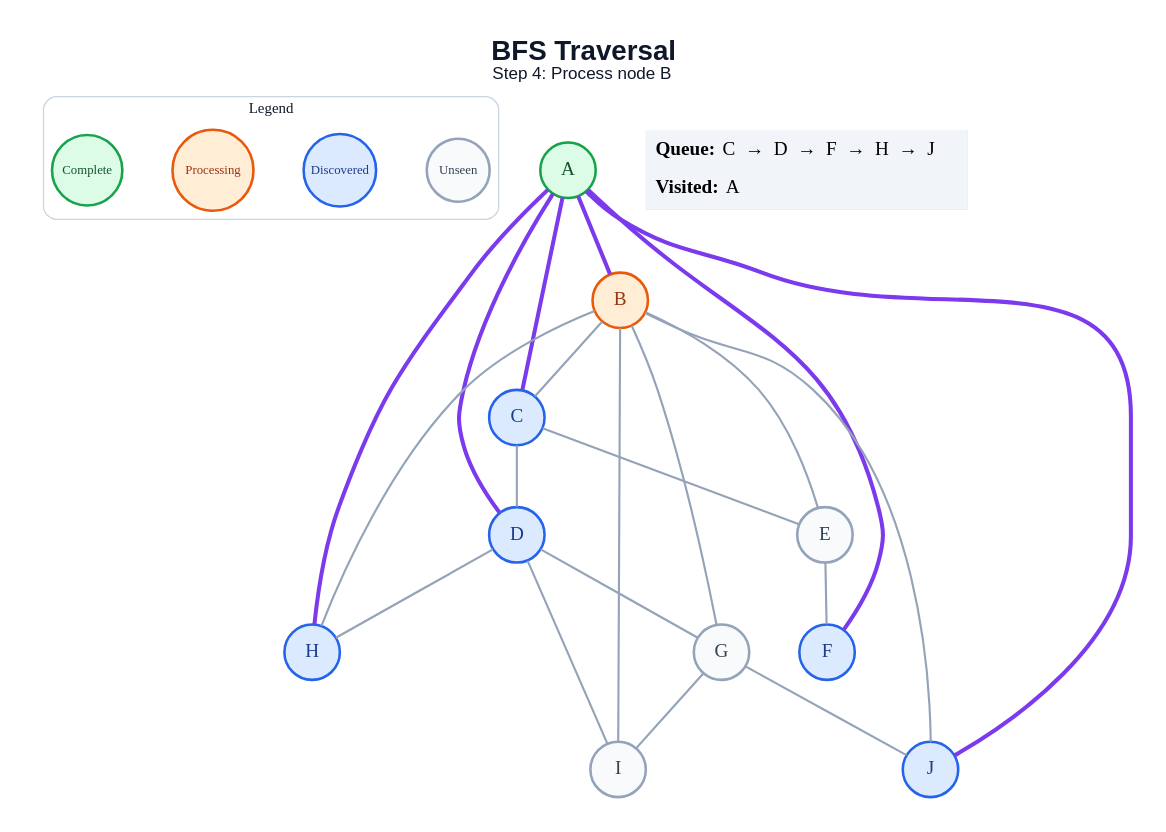
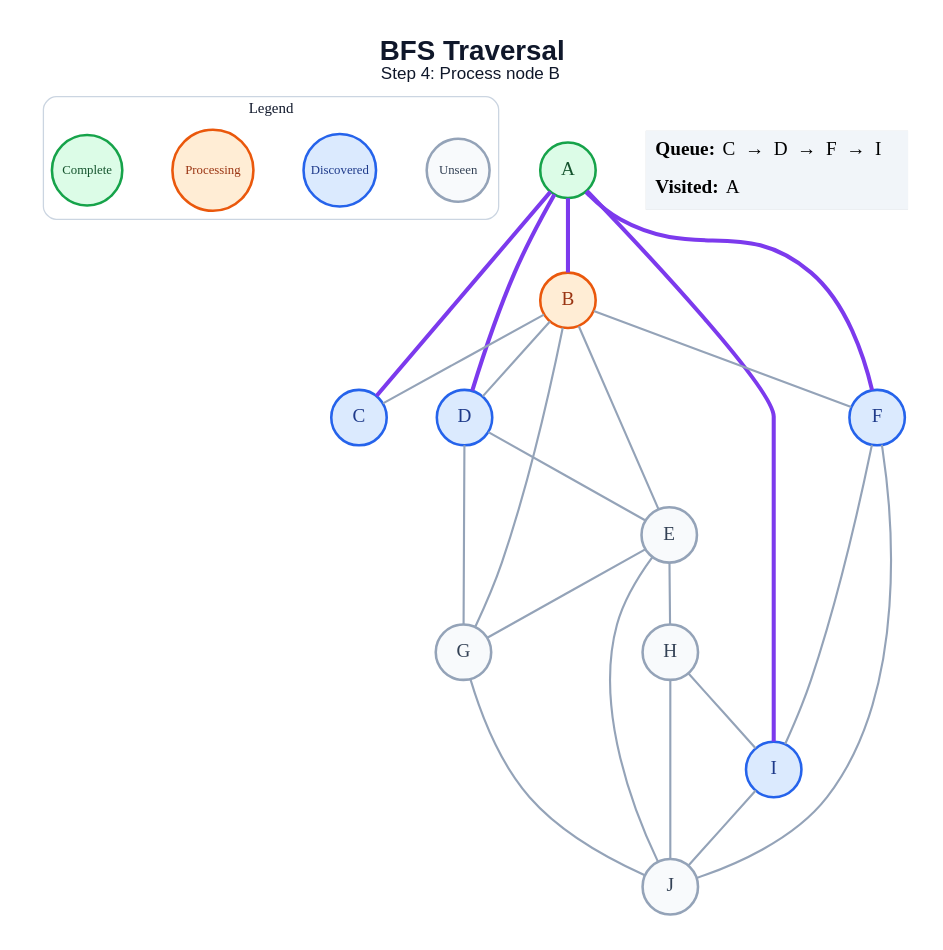
Before and after one commit to amanghodawala9/ai-slop: the diagram in generated/bfs/step_04.dot, drawn with Graphviz. The commit also changed 178 other files, not shown here.

```diff
--- a/generated/bfs/step_04.dot
+++ b/generated/bfs/step_04.dot
@@ -1,49 +1,50 @@
 graph traversal {
   graph [layout=dot, rankdir=TB, bgcolor="#FFFFFF", pad="0.35", nodesep="0.65", ranksep="0.8", fontname="Arial"];
   node [shape=circle, style="filled", fontname="Arial Bold", fontsize=18, width=0.72, fixedsize=true, penwidth=2.4];
   edge [color="#94A3B8", penwidth=2.0];
   label=<<B>BFS Traversal</B><BR/><FONT POINT-SIZE="16">Step 4: Process node B</FONT>>; labelloc="t"; fontsize=26; fontname="Arial"; fontcolor="#0F172A";
   subgraph cluster_legend { label="Legend"; color="#CBD5E1"; penwidth=1.2; style="rounded"; fontsize=14; fontname="Arial Bold";
     key_unseen [label="Unseen", fillcolor="#F8FAFC", color="#94A3B8", fontcolor="#334155", fontsize=12, width=0.82];
     key_frontier [label="Discovered", fillcolor="#DBEAFE", color="#2563EB", fontcolor="#1E3A8A", fontsize=12, width=0.95];
     key_current [label="Processing", fillcolor="#FFEDD5", color="#EA580C", fontcolor="#9A3412", fontsize=12, width=1.05];
     key_done [label="Complete", fillcolor="#DCFCE7", color="#16A34A", fontcolor="#14532D", fontsize=12, width=0.92];
     { rank=same; key_unseen; key_frontier; key_current; key_done; }
   }
   A [fillcolor="#DCFCE7", color="#16A34A", fontcolor="#14532D"];
   B [fillcolor="#FFEDD5", color="#EA580C", fontcolor="#9A3412"];
   C [fillcolor="#DBEAFE", color="#2563EB", fontcolor="#1E3A8A"];
   D [fillcolor="#DBEAFE", color="#2563EB", fontcolor="#1E3A8A"];
   E [fillcolor="#F8FAFC", color="#94A3B8", fontcolor="#334155"];
   F [fillcolor="#DBEAFE", color="#2563EB", fontcolor="#1E3A8A"];
   G [fillcolor="#F8FAFC", color="#94A3B8", fontcolor="#334155"];
-  H [fillcolor="#DBEAFE", color="#2563EB", fontcolor="#1E3A8A"];
-  I [fillcolor="#F8FAFC", color="#94A3B8", fontcolor="#334155"];
-  J [fillcolor="#DBEAFE", color="#2563EB", fontcolor="#1E3A8A"];
+  H [fillcolor="#F8FAFC", color="#94A3B8", fontcolor="#334155"];
+  I [fillcolor="#DBEAFE", color="#2563EB", fontcolor="#1E3A8A"];
+  J [fillcolor="#F8FAFC", color="#94A3B8", fontcolor="#334155"];
   A -- B [color="#7C3AED", penwidth=3.8];
   A -- C [color="#7C3AED", penwidth=3.8];
   A -- D [color="#7C3AED", penwidth=3.8];
   A -- F [color="#7C3AED", penwidth=3.8];
-  A -- H [color="#7C3AED", penwidth=3.8];
-  A -- J [color="#7C3AED", penwidth=3.8];
+  A -- I [color="#7C3AED", penwidth=3.8];
   B -- C;
+  B -- D;
   B -- E;
+  B -- F;
   B -- G;
-  B -- H;
-  B -- I;
-  B -- J;
-  C -- D;
-  C -- E;
+  D -- E;
   D -- G;
-  D -- H;
-  D -- I;
-  E -- F;
-  G -- I;
+  E -- G;
+  E -- H;
+  E -- J;
+  F -- I;
+  F -- J;
   G -- J;
+  H -- I;
+  H -- J;
+  I -- J;
   status [shape=plain, fixedsize=false, width=0, height=0, margin=0, label=<
     <TABLE BORDER="0" CELLBORDER="0" CELLPADDING="7" BGCOLOR="#F1F5F9">
-      <TR><TD ALIGN="LEFT"><B>Queue:</B> C  →  D  →  F  →  H  →  J</TD></TR>
+      <TR><TD ALIGN="LEFT"><B>Queue:</B> C  →  D  →  F  →  I</TD></TR>
       <TR><TD ALIGN="LEFT"><B>Visited:</B> A</TD></TR>
     </TABLE>
   >];
 }
```
